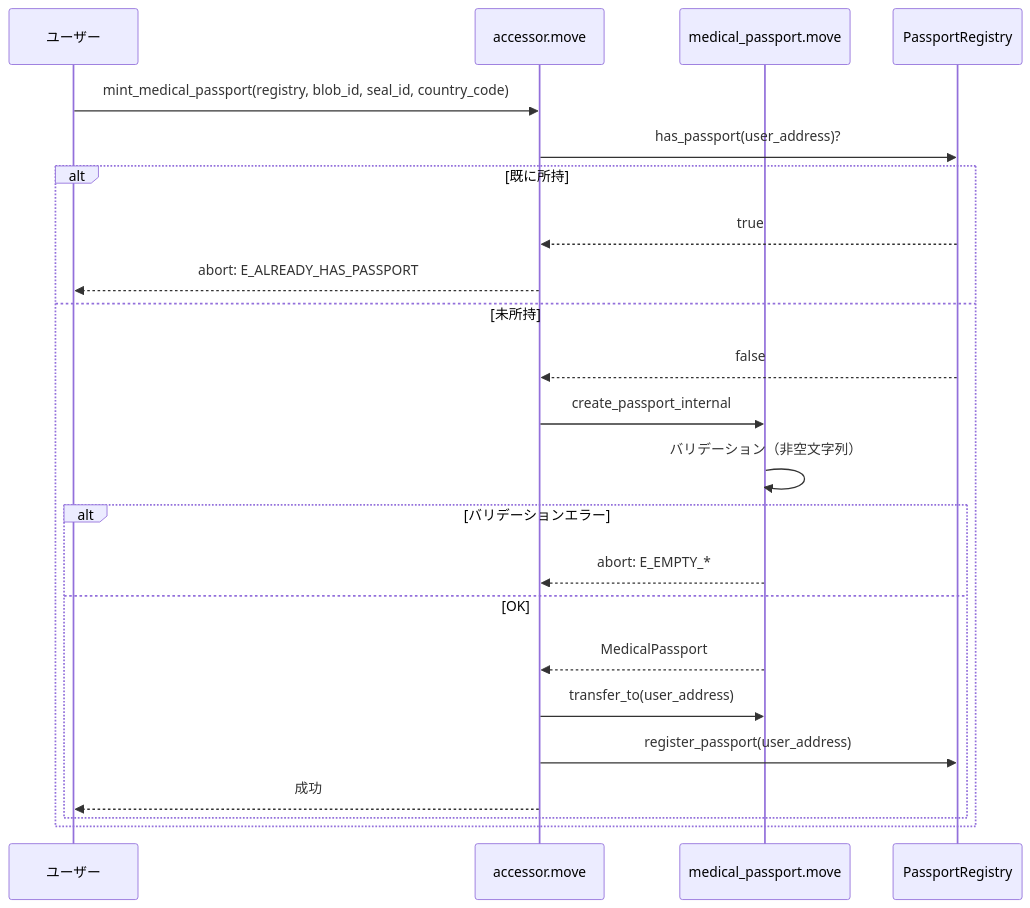
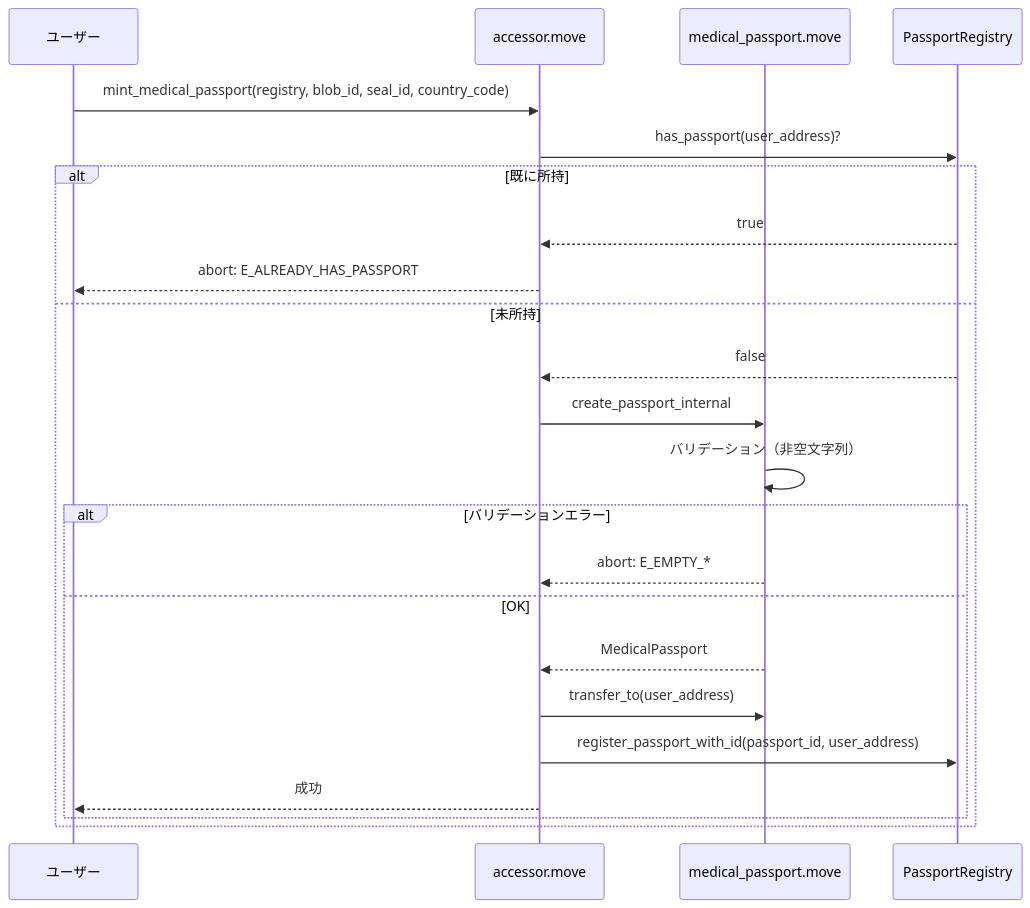
The fourth of 6 diagrams in docs/contract.md (UnagiLabs/cure_pocket), drawn with Mermaid before and after one commit. The commit also changed other lines of this file, not shown here.

````diff
--- a/docs/contract.md
+++ b/docs/contract.md
@@ -313,26 +308,26 @@
 ```mermaid
 sequenceDiagram
     participant User as ユーザー
     participant ACC as accessor.move
     participant MP as medical_passport.move
     participant REG as PassportRegistry
 
     User->>ACC: mint_medical_passport(registry, blob_id, seal_id, country_code)
     ACC->>REG: has_passport(user_address)?
     alt 既に所持
         REG-->>ACC: true
         ACC-->>User: abort: E_ALREADY_HAS_PASSPORT
     else 未所持
         REG-->>ACC: false
         ACC->>MP: create_passport_internal
         MP->>MP: バリデーション（非空文字列）
         alt バリデーションエラー
             MP-->>ACC: abort: E_EMPTY_*
         else OK
             MP-->>ACC: MedicalPassport
             ACC->>MP: transfer_to(user_address)
-            ACC->>REG: register_passport(user_address)
+            ACC->>REG: register_passport_with_id(passport_id, user_address)
             ACC-->>User: 成功
         end
     end
 ```
````
